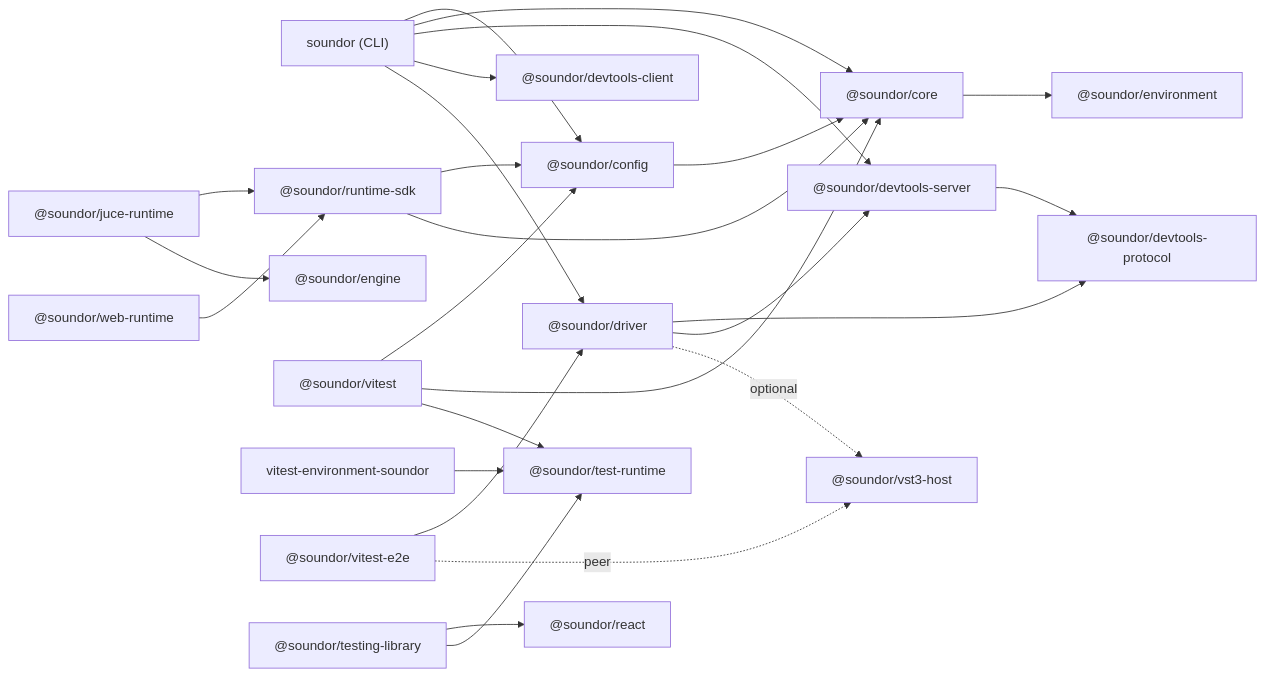
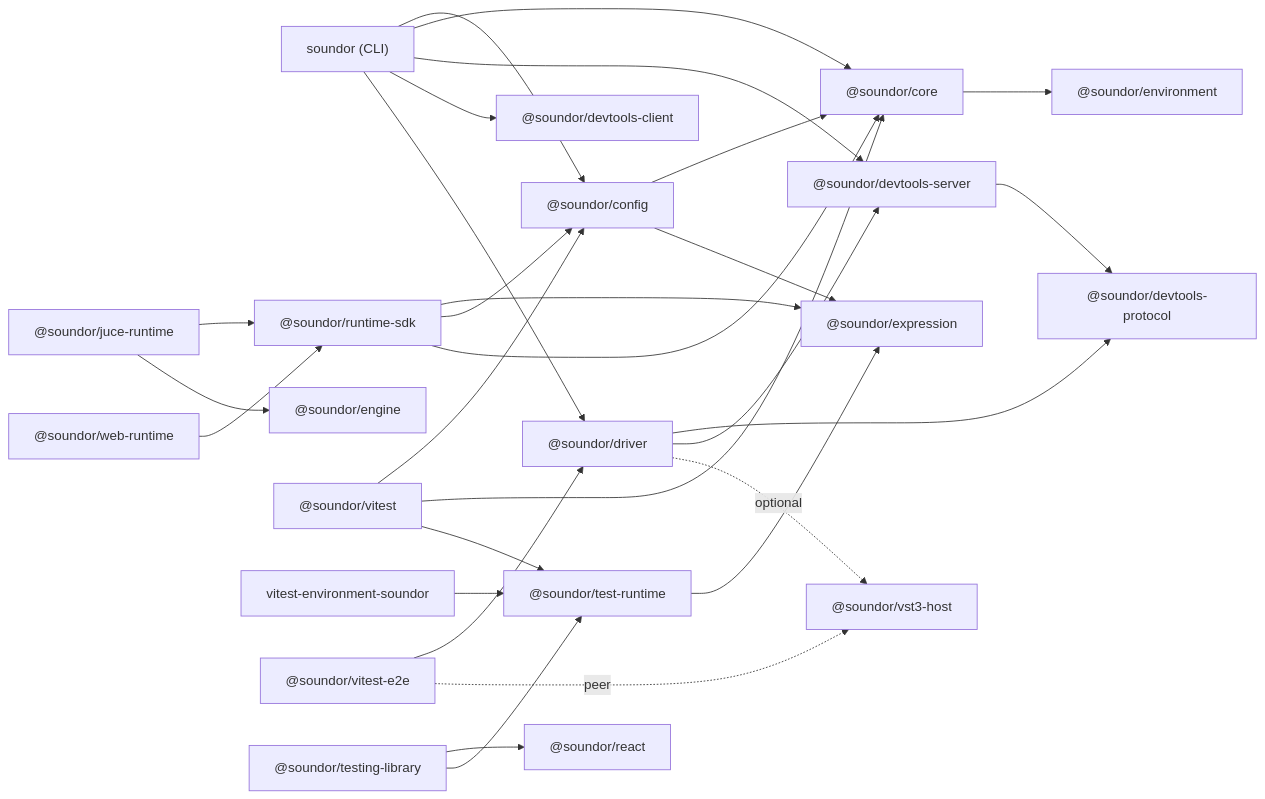
Before and after one commit to soundor/soundor: the diagram in apps/website/content/docs/contribute/packages.md, drawn with Mermaid. The commit also changed other lines of this file and 24 other files, not shown here.

````diff
--- a/apps/website/content/docs/contribute/packages.md
+++ b/apps/website/content/docs/contribute/packages.md
@@ -25,27 +25,30 @@
 ```mermaid
 flowchart LR
     cli["soundor (CLI)"] --> config["@soundor/config"]
     cli --> core["@soundor/core"]
     cli --> dtserver["@soundor/devtools-server"]
     cli --> dtclient["@soundor/devtools-client"]
     cli --> driver["@soundor/driver"]
     driver --> dtprotocol
     driver --> dtserver
     driver -. optional .-> host["@soundor/vst3-host"]
     dtserver --> dtprotocol["@soundor/devtools-protocol"]
     config --> core
+    config --> expression["@soundor/expression"]
+    sdk --> expression
+    testruntime --> expression
     core --> environment["@soundor/environment"]
     sdk["@soundor/runtime-sdk"] --> config
     sdk --> core
     juce["@soundor/juce-runtime"] --> sdk
     juce --> engine["@soundor/engine"]
     web["@soundor/web-runtime"] --> sdk
     vitest["@soundor/vitest"] --> config
     vitest --> core
     vitest --> testruntime["@soundor/test-runtime"]
     env["vitest-environment-soundor"] --> testruntime
     e2e["@soundor/vitest-e2e"] --> driver
     e2e -. peer .-> host
     tl["@soundor/testing-library"] --> react["@soundor/react"]
     tl --> testruntime
 ```
````
